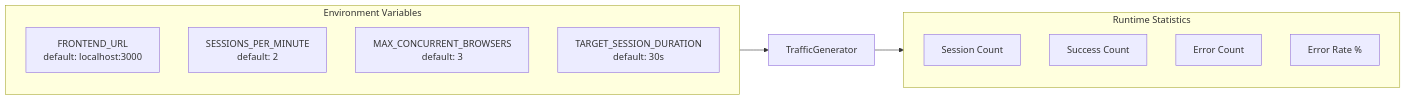
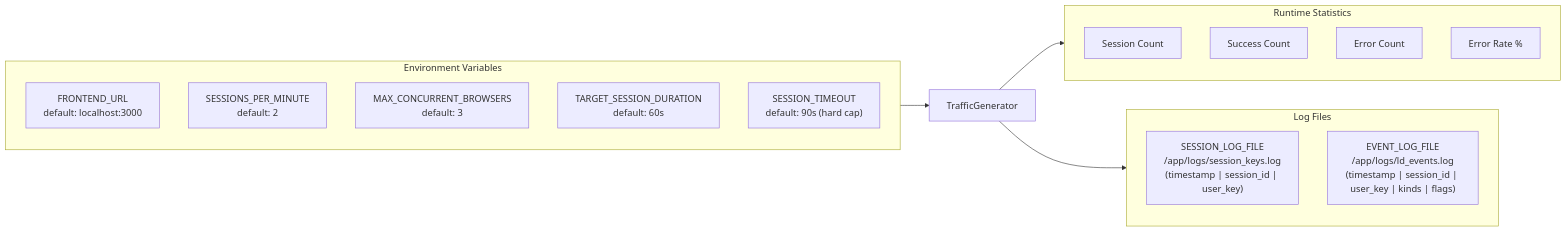
The sixth of 9 diagrams in agents/simulator-diagram.md (ttotenberg-ld/launchdarkly-fullstack-o11y-populator), drawn with Mermaid before and after one commit. The commit also changed other lines of this file, not shown here.

Commit message:
updated simulator diagram

````diff
--- a/agents/simulator-diagram.md
+++ b/agents/simulator-diagram.md
@@ -203,19 +284,26 @@
 ```mermaid
 flowchart LR
     subgraph Config["Environment Variables"]
         C1["FRONTEND_URL<br/>default: localhost:3000"]
         C2["SESSIONS_PER_MINUTE<br/>default: 2"]
         C3["MAX_CONCURRENT_BROWSERS<br/>default: 3"]
-        C4["TARGET_SESSION_DURATION<br/>default: 30s"]
+        C4["TARGET_SESSION_DURATION<br/>default: 60s"]
+        C5["SESSION_TIMEOUT<br/>default: 90s (hard cap)"]
+    end
+
+    subgraph Logs["Log Files"]
+        L1["SESSION_LOG_FILE<br/>/app/logs/session_keys.log<br/>(timestamp | session_id | user_key)"]
+        L2["EVENT_LOG_FILE<br/>/app/logs/ld_events.log<br/>(timestamp | session_id | user_key | kinds | flags)"]
     end
 
     subgraph Stats["Runtime Statistics"]
         S1[Session Count]
         S2[Success Count]
         S3[Error Count]
         S4[Error Rate %]
     end
 
     Config --> Generator[TrafficGenerator]
     Generator --> Stats
+    Generator --> Logs
 ```
````
